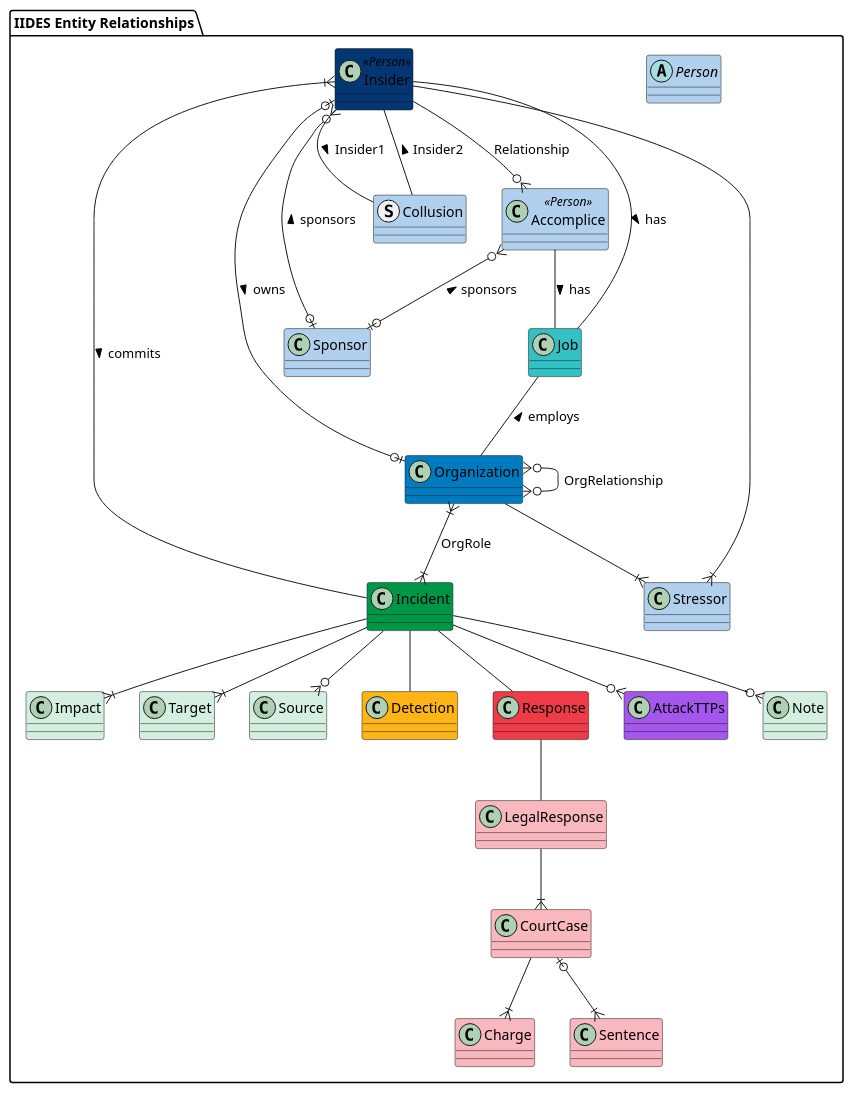
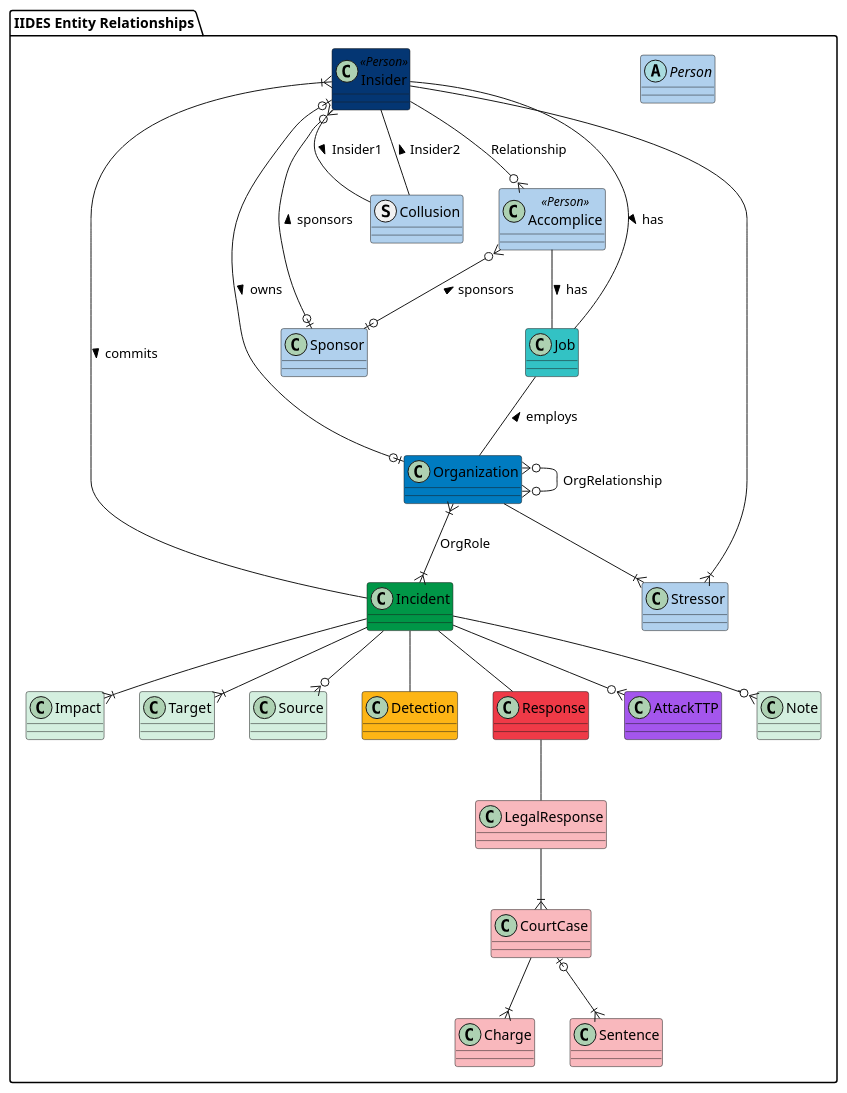
One commit to cmu-sei/iides changed the diagram in UML/source/relationships.wsd. Above: the diagram before and after it, drawn with PlantUML. The commit also changed 7 other files, not shown here.

```diff
--- a/UML/source/relationships.wsd
+++ b/UML/source/relationships.wsd
@@ -1,51 +1,51 @@
 @startuml IIDES_Entity_Relationships
 package "IIDES Entity Relationships" #FFF {
 
     abstract Person #b0d0ed {}
     class Insider <<Person>> #043673 {}
     class Accomplice <<Person>> #b0d0ed {}
     struct Collusion #b0d0ed {}
     class Organization #007BC0 {}
     class Sponsor #b0d0ed {}
     class Incident #009647 {}
     class Job #33c2C4 {}
     class Impact #D4EFDF {}
     class Target #D4EFDF {}
     class Source #D4EFDF {}
     class Detection #FDB515 {}
     class Response #EF3A47 {}
     class LegalResponse #f9b8bd {}
     class CourtCase #f9b8bd {}
     class Charge #f9b8bd {}
     class Sentence #f9b8bd {}
-    class AttackTTPs #A456ED {}
+    class AttackTTP #A456ED {}
     class Stressor #b0d0ed {}
     class Note #D4EFDF {}
 
     Insider --o{ Accomplice : Relationship
     Incident --|{ Insider : commits <
     Accomplice -- Job : has >
     Job -- Organization : employs <
     Insider -- Job : has >
     Organization }|--|{ Incident : OrgRole
     Organization }o--o{ Organization : OrgRelationship
     Insider }o--o| Sponsor : sponsors <
     Accomplice }o--o| Sponsor : sponsors <
     Insider |o--o| Organization : owns >
     Insider -- Collusion : Insider2 <
     Collusion -- Insider : Insider1 <
     Incident --|{ Impact
     Incident --|{ Target
     Incident --o{ Source
     Incident --o{ Note
     CourtCase --|{ Charge
     CourtCase |o--|{ Sentence
     Incident -- Detection
     Incident -- Response
     Response -- LegalResponse
     LegalResponse --|{ CourtCase
     Organization --|{ Stressor
     Stressor }|-- Insider
-    Incident --o{ AttackTTPs
+    Incident --o{ AttackTTP
 }
 @enduml
```
